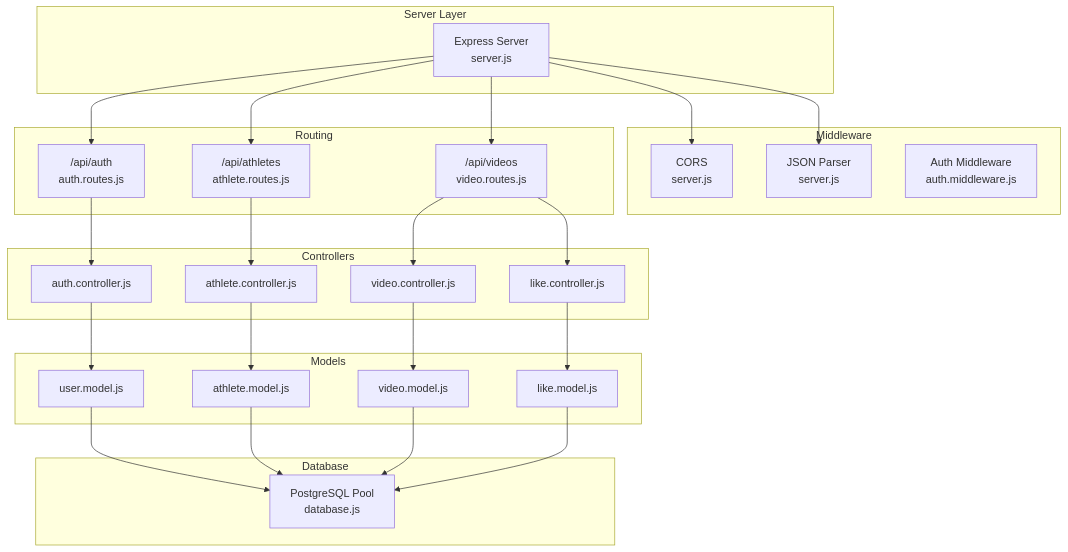
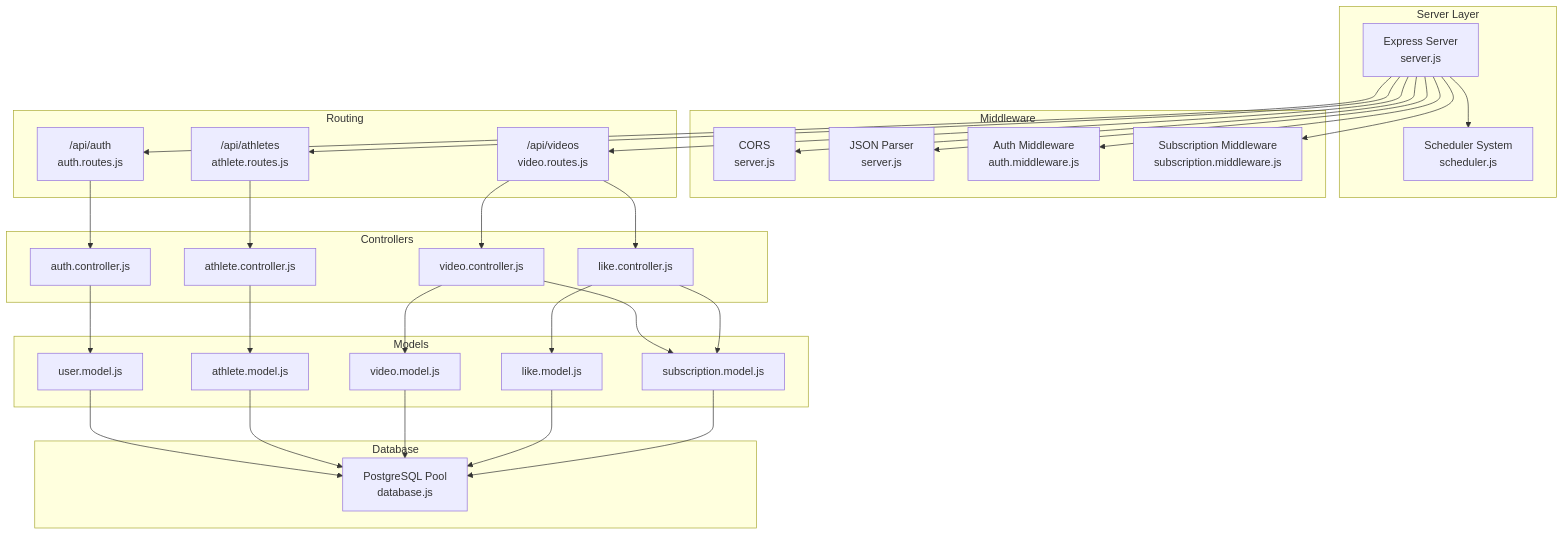
The first of 12 diagrams in .qoder/repowiki/en/content/Architecture Overview/Backend Architecture.md (Alexandrexicara/craque-vision), drawn with Mermaid before and after one commit. The commit also changed other lines of this file and 10 other files, not shown here.

````diff
--- a/.qoder/repowiki/en/content/Architecture Overview/Backend Architecture.md
+++ b/.qoder/repowiki/en/content/Architecture Overview/Backend Architecture.md
@@ -45,48 +58,57 @@
 ```mermaid
 graph TB
 subgraph "Server Layer"
 S["Express Server<br/>server.js"]
+Sch["Scheduler System<br/>scheduler.js"]
 end
 subgraph "Middleware"
 M1["CORS<br/>server.js"]
 M2["JSON Parser<br/>server.js"]
 M3["Auth Middleware<br/>auth.middleware.js"]
+M4["Subscription Middleware<br/>subscription.middleware.js"]
 end
 subgraph "Routing"
 R1["/api/auth<br/>auth.routes.js"]
 R2["/api/athletes<br/>athlete.routes.js"]
 R3["/api/videos<br/>video.routes.js"]
 end
 subgraph "Controllers"
 C1["auth.controller.js"]
 C2["athlete.controller.js"]
 C3["video.controller.js"]
 C4["like.controller.js"]
 end
 subgraph "Models"
 D1["user.model.js"]
 D2["athlete.model.js"]
 D3["video.model.js"]
 D4["like.model.js"]
+D5["subscription.model.js"]
 end
 subgraph "Database"
 P["PostgreSQL Pool<br/>database.js"]
 end
+S --> Sch
 S --> M1
 S --> M2
+S --> M3
+S --> M4
 S --> R1
 S --> R2
 S --> R3
 R1 --> C1
 R2 --> C2
 R3 --> C3
 R3 --> C4
 C1 --> D1
 C2 --> D2
 C3 --> D3
 C4 --> D4
+C3 --> D5
+C4 --> D5
 D1 --> P
 D2 --> P
 D3 --> P
 D4 --> P
+D5 --> P
 ```
````
